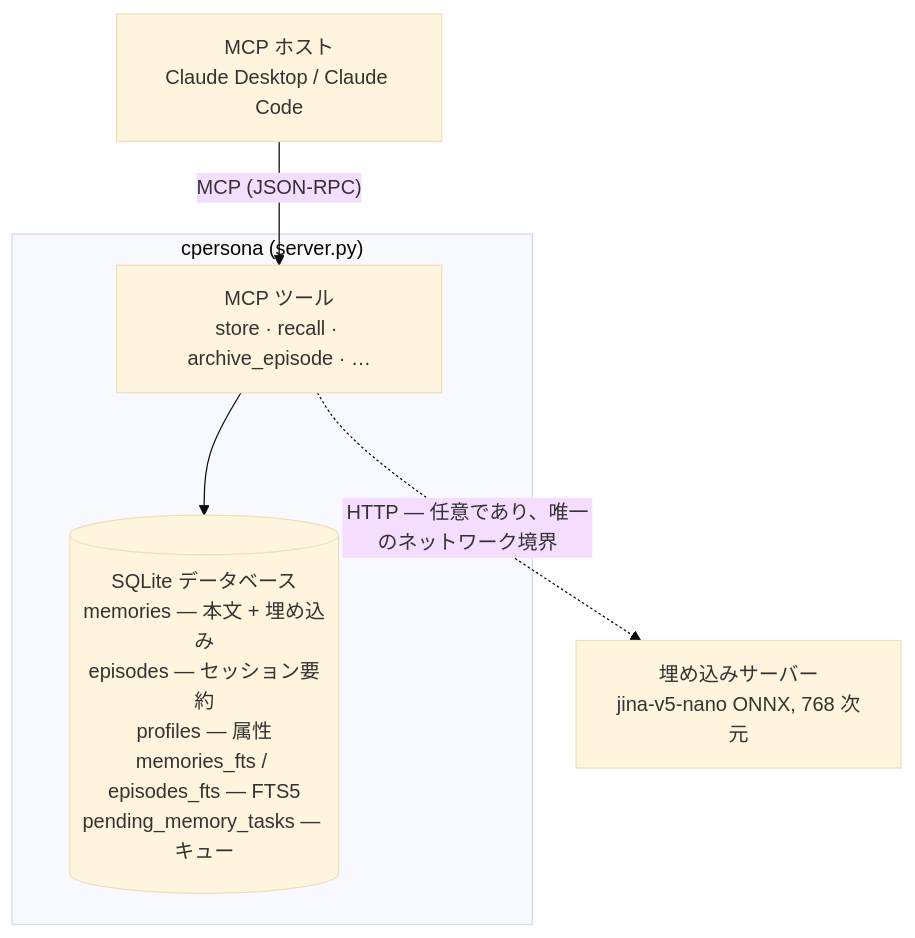
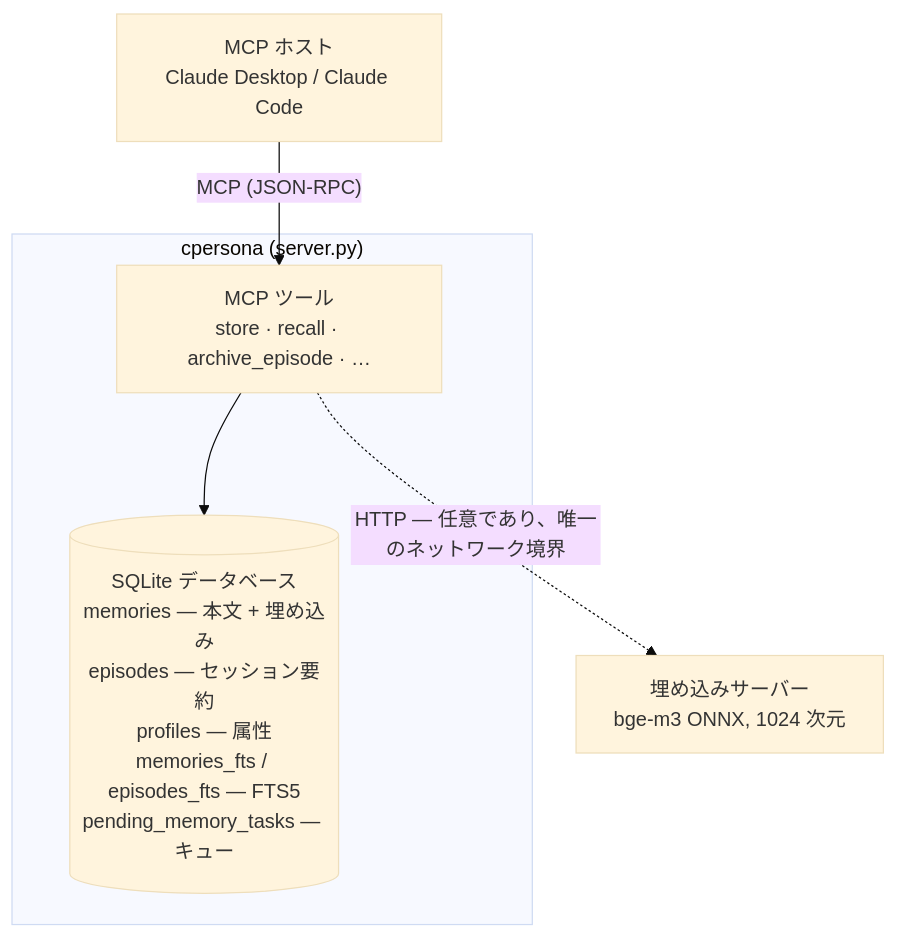
Before and after one commit to Cloto-dev/CPersona: the first of 2 diagrams in docs/architecture.ja.md, drawn with Mermaid (base theme). The commit also changed other lines of this file and 9 other files, not shown here.

````diff
--- a/docs/architecture.ja.md
+++ b/docs/architecture.ja.md
@@ -13,12 +13,12 @@
 ```mermaid
 flowchart TB
     host["MCP ホスト<br>Claude Desktop / Claude Code"]
     subgraph cp["cpersona (server.py)"]
         tools["MCP ツール<br>store · recall · archive_episode · …"]
         db[("SQLite データベース<br>memories — 本文 + 埋め込み<br>episodes — セッション要約<br>profiles — 属性<br>memories_fts / episodes_fts — FTS5<br>pending_memory_tasks — キュー")]
         tools --> db
     end
-    embed["埋め込みサーバー<br>jina-v5-nano ONNX, 768 次元"]
+    embed["埋め込みサーバー<br>bge-m3 ONNX, 1024 次元"]
     host -- "MCP (JSON-RPC)" --> tools
     tools -. "HTTP — 任意であり、唯一のネットワーク境界" .-> embed
 ```
````
